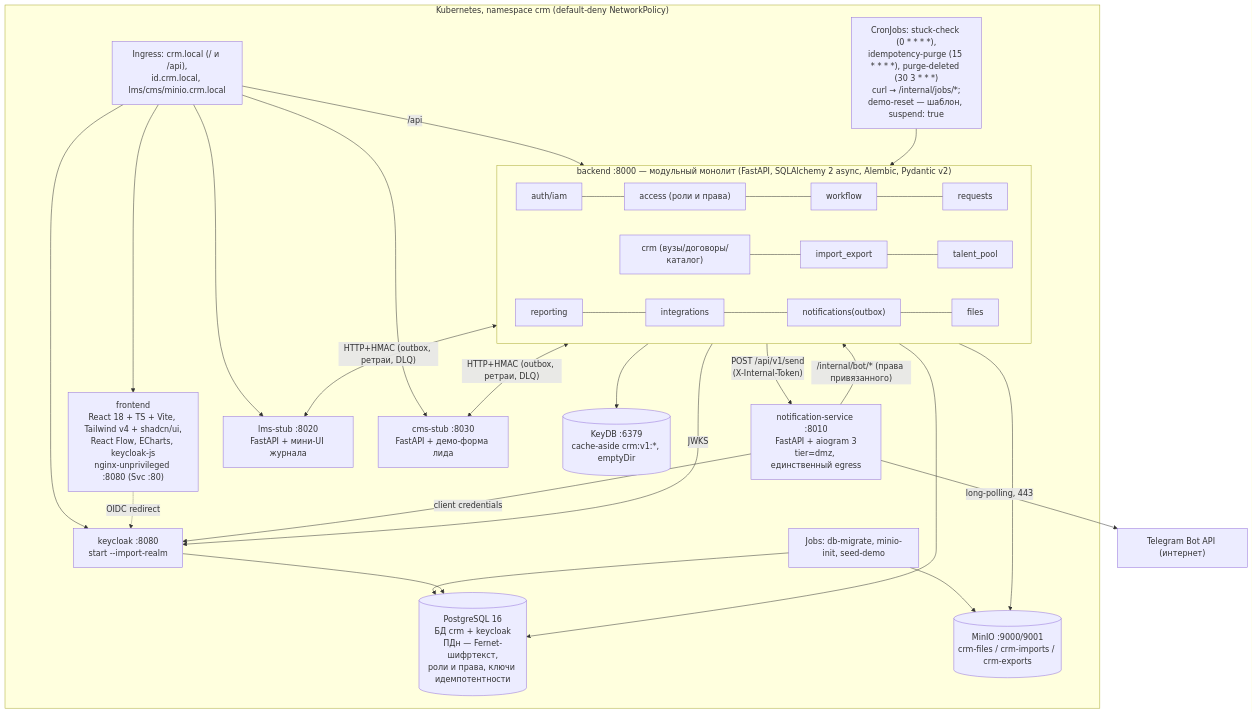
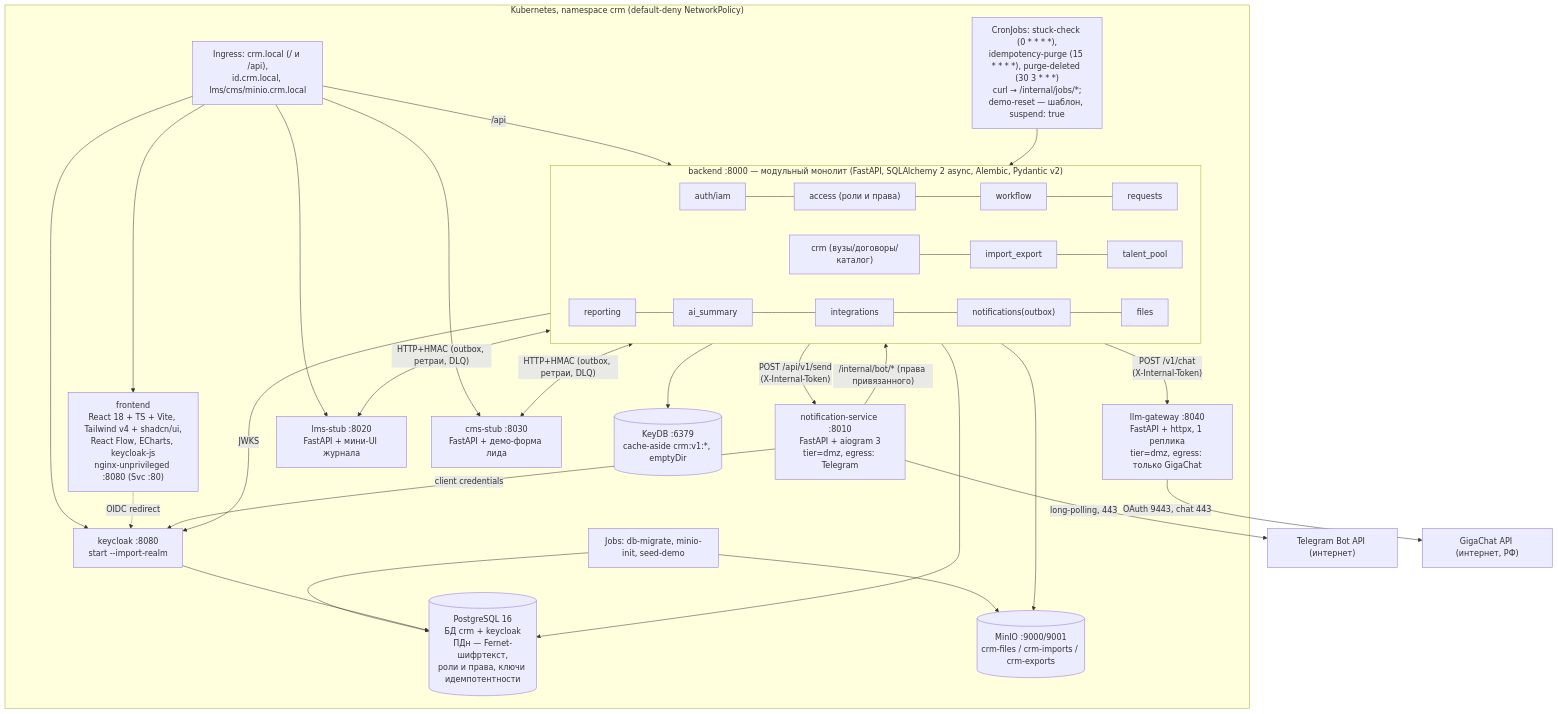
One commit to ilya2108/Collabse-LCT-Alma changed the second of 2 diagrams in docs/design/OVERVIEW.md. Above: the diagram before and after it, drawn with Mermaid. The commit also changed other lines of this file and 136 other files, not shown here.

````diff
--- a/docs/design/OVERVIEW.md
+++ b/docs/design/OVERVIEW.md
@@ -140,42 +145,46 @@
 ```mermaid
 flowchart TB
     subgraph k8s["Kubernetes, namespace crm (default-deny NetworkPolicy)"]
         ING["Ingress: crm.local (/ и /api),\nid.crm.local, lms/cms/minio.crm.local"]
 
         FE["frontend\nReact 18 + TS + Vite, Tailwind v4 + shadcn/ui,\nReact Flow, ECharts, keycloak-js\nnginx-unprivileged :8080 (Svc :80)"]
 
         subgraph BE["backend :8000 — модульный монолит (FastAPI, SQLAlchemy 2 async, Alembic, Pydantic v2)"]
             M1["auth/iam"] --- M11["access (роли и права)"] --- M2["workflow"] --- M3["requests"]
             M4["crm (вузы/договоры/каталог)"] --- M5["import_export"] --- M6["talent_pool"]
-            M7["reporting"] --- M8["integrations"] --- M9["notifications(outbox)"] --- M10["files"]
+            M7["reporting"] --- M12["ai_summary"] --- M8["integrations"] --- M9["notifications(outbox)"] --- M10["files"]
         end
 
-        NT["notification-service :8010\nFastAPI + aiogram 3\ntier=dmz, единственный egress"]
+        NT["notification-service :8010\nFastAPI + aiogram 3\ntier=dmz, egress: Telegram"]
+        LGW["llm-gateway :8040\nFastAPI + httpx, 1 реплика\ntier=dmz, egress: только GigaChat"]
         LST["lms-stub :8020\nFastAPI + мини-UI журнала"]
         CST["cms-stub :8030\nFastAPI + демо-форма лида"]
         KCC["keycloak :8080\nstart --import-realm"]
 
         PG[("PostgreSQL 16\nБД crm + keycloak\nПДн — Fernet-шифртекст,\nроли и права, ключи идемпотентности")]
         S3[("MinIO :9000/9001\ncrm-files / crm-imports / crm-exports")]
         KD[("KeyDB :6379\ncache-aside crm:v1:*, emptyDir")]
 
         CRON["CronJobs: stuck-check (0 * * * *),\nidempotency-purge (15 * * * *), purge-deleted (30 3 * * *)\ncurl → /internal/jobs/*;\ndemo-reset — шаблон, suspend: true"]
         JOBS["Jobs: db-migrate, minio-init, seed-demo"]
     end
     TGAPI["Telegram Bot API (интернет)"]
+    GIGAAPI["GigaChat API (интернет, РФ)"]
 
     ING --> FE
     ING -->|"/api"| BE
     ING --> KCC & LST & CST
     FE -.->|"OIDC redirect"| KCC
     BE --> PG & S3 & KD
     BE -->|"JWKS"| KCC
     BE <-->|"HTTP+HMAC (outbox, ретраи, DLQ)"| LST & CST
     BE -->|"POST /api/v1/send\n(X-Internal-Token)"| NT
     NT -->|"client credentials"| KCC
     NT -->|"/internal/bot/* (права привязанного)"| BE
     NT -->|"long-polling, 443"| TGAPI
+    BE -->|"POST /v1/chat\n(X-Internal-Token)"| LGW
+    LGW -->|"OAuth 9443, chat 443"| GIGAAPI
     CRON --> BE
     JOBS --> PG & S3
     KCC --> PG
 ```
````
